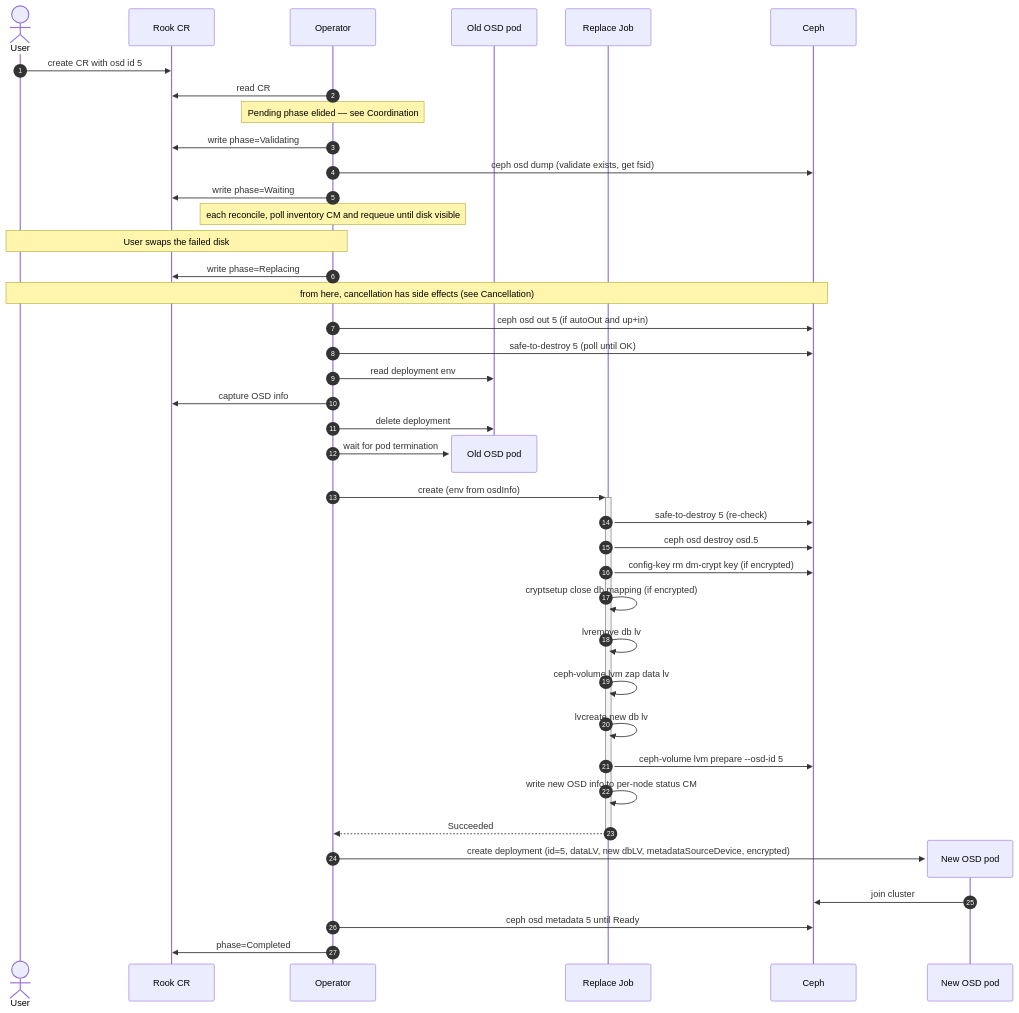
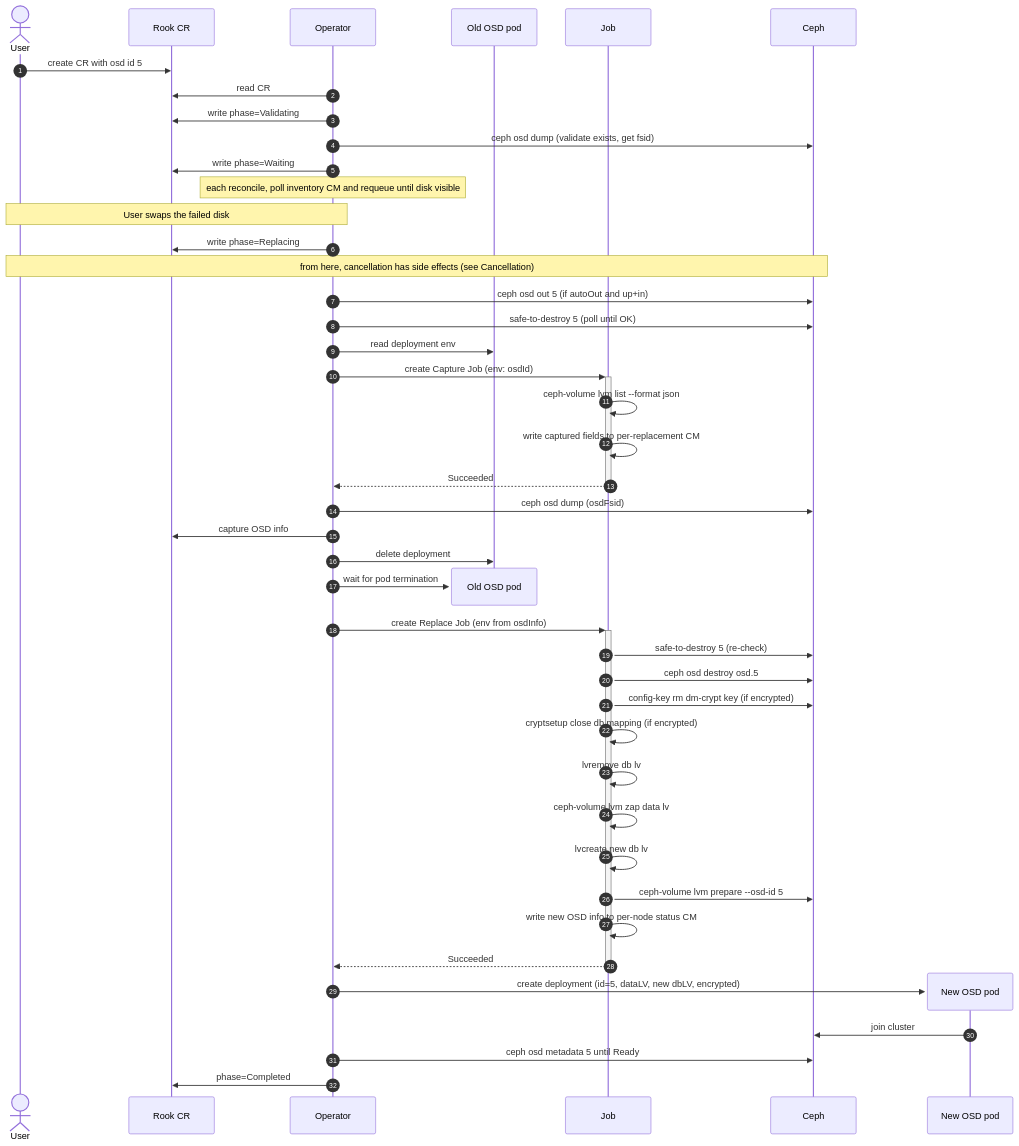
The diagram in design/ceph/osd-replacement.md (rook/rook), drawn with Mermaid before and after one commit. The commit also changed other lines of this file, not shown here.

Commit message:
docs: add capture job to diagram

````diff
--- a/design/ceph/osd-replacement.md
+++ b/design/ceph/osd-replacement.md
@@ -68,44 +66,48 @@
 ```mermaid
 sequenceDiagram
     autonumber
     actor User
     participant CR as Rook CR
     participant Op as Operator
     participant OldPod as Old OSD pod
-    participant RJ as Replace Job
+    participant J as Job
     participant Ceph as Ceph
 
     User->>CR: create CR with osd id 5
     Op->>CR: read CR
-    Note over Op: Pending phase elided — see Coordination
     Op->>CR: write phase=Validating
     Op->>Ceph: ceph osd dump (validate exists, get fsid)
     Op->>CR: write phase=Waiting
     Note over Op: each reconcile, poll inventory CM and requeue until disk visible
     Note over User,Op: User swaps the failed disk
     Op->>CR: write phase=Replacing
     Note over User,Ceph: from here, cancellation has side effects (see Cancellation)
     Op->>Ceph: ceph osd out 5 (if autoOut and up+in)
     Op->>Ceph: safe-to-destroy 5 (poll until OK)
     Op->>OldPod: read deployment env
+    Op->>+J: create Capture Job (env: osdId)
+    J->>J: ceph-volume lvm list --format json
+    J->>J: write captured fields to per-replacement CM
+    J-->>-Op: Succeeded
+    Op->>Ceph: ceph osd dump (osdFsid)
     Op->>CR: capture OSD info
     Op->>OldPod: delete deployment
     destroy OldPod
     Op->>OldPod: wait for pod termination
-    Op->>+RJ: create (env from osdInfo)
-    RJ->>Ceph: safe-to-destroy 5 (re-check)
-    RJ->>Ceph: ceph osd destroy osd.5
-    RJ->>Ceph: config-key rm dm-crypt key (if encrypted)
-    RJ->>RJ: cryptsetup close db mapping (if encrypted)
-    RJ->>RJ: lvremove db lv
-    RJ->>RJ: ceph-volume lvm zap data lv
-    RJ->>RJ: lvcreate new db lv
-    RJ->>Ceph: ceph-volume lvm prepare --osd-id 5
-    RJ->>RJ: write new OSD info to per-node status CM
-    RJ-->>-Op: Succeeded
+    Op->>+J: create Replace Job (env from osdInfo)
+    J->>Ceph: safe-to-destroy 5 (re-check)
+    J->>Ceph: ceph osd destroy osd.5
+    J->>Ceph: config-key rm dm-crypt key (if encrypted)
+    J->>J: cryptsetup close db mapping (if encrypted)
+    J->>J: lvremove db lv
+    J->>J: ceph-volume lvm zap data lv
+    J->>J: lvcreate new db lv
+    J->>Ceph: ceph-volume lvm prepare --osd-id 5
+    J->>J: write new OSD info to per-node status CM
+    J-->>-Op: Succeeded
     create participant NewPod as New OSD pod
-    Op->>NewPod: create deployment (id=5, dataLV, new dbLV, metadataSourceDevice, encrypted)
+    Op->>NewPod: create deployment (id=5, dataLV, new dbLV, encrypted)
     NewPod->>Ceph: join cluster
     Op->>Ceph: ceph osd metadata 5 until Ready
     Op->>CR: phase=Completed
 ```
````
